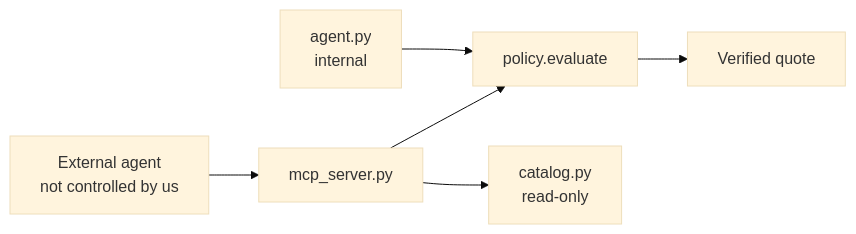
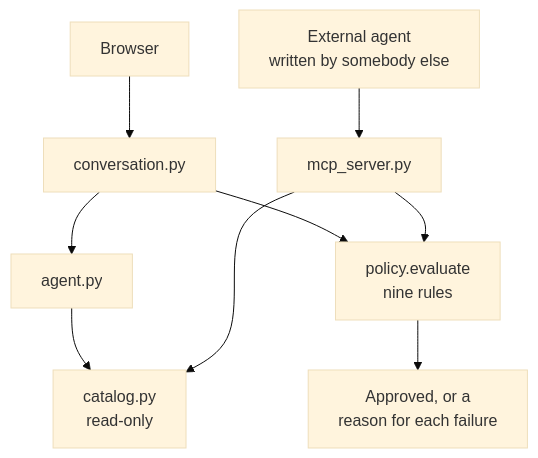
One commit to akriti706/Agentic-Bakery changed the eighth of 8 diagrams in ARCHITECTURE.MD. Above: the diagram before and after it, drawn with Mermaid (base theme). The commit also changed other lines of this file and 2 other files, not shown here.

````diff
--- a/ARCHITECTURE.MD
+++ b/ARCHITECTURE.MD
@@ -560,8 +572,11 @@
 ```mermaid
-flowchart LR
-    EXT[External agent<br/>not controlled by us] --> MCP[mcp_server.py]
-    INT[agent.py<br/>internal] --> GATE[policy.evaluate]
-    MCP --> CAT[catalog.py<br/>read-only]
-    MCP --> GATE
-    GATE --> V[Verified quote]
+flowchart TD
+    EXT[External agent<br/>written by somebody else] --> MCPS[mcp_server.py]
+    BROWSER[Browser] --> CONV[conversation.py]
+    CONV --> AG[agent.py]
+    AG --> CAT[catalog.py<br/>read-only]
+    MCPS --> CAT
+    CONV --> GATE[policy.evaluate<br/>nine rules]
+    MCPS --> GATE
+    GATE --> OUT[Approved, or a<br/>reason for each failure]
 ```
````
